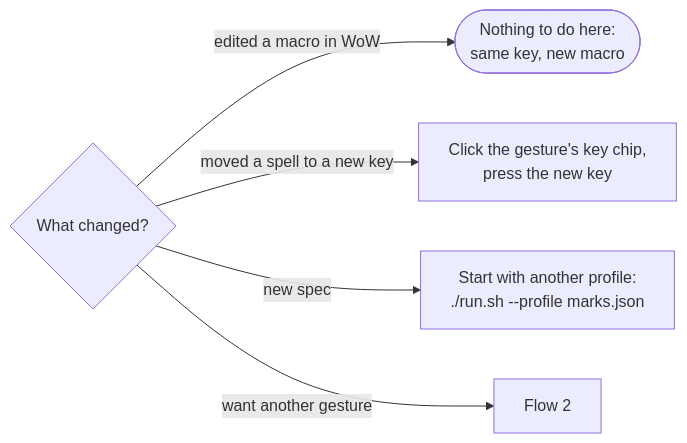
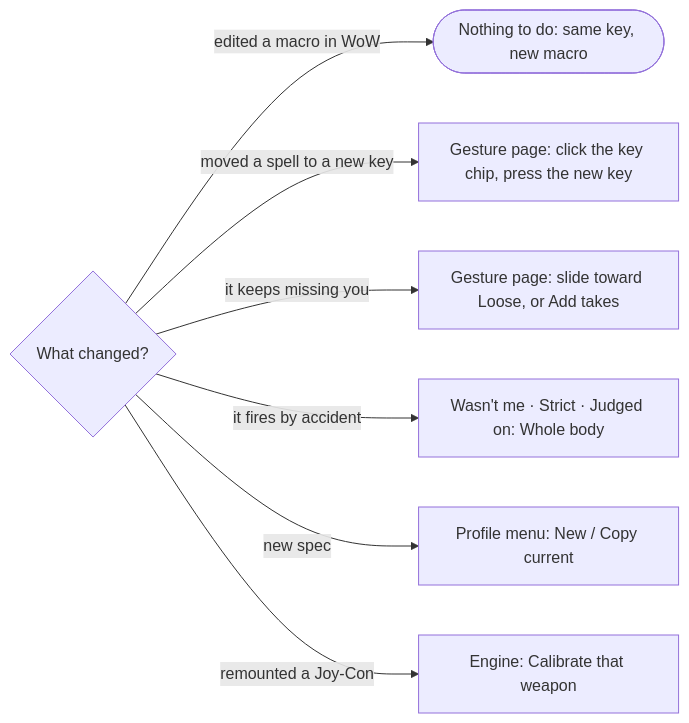
One commit to Gordoburrito/mocap-wow changed the seventh of 8 diagrams in docs/user-flows.md. Above: the diagram before and after it, drawn with Mermaid. The commit also changed other lines of this file and 14 other files, not shown here.

````diff
--- a/docs/user-flows.md
+++ b/docs/user-flows.md
@@ -56,7 +136,9 @@
 ```mermaid
 flowchart LR
-    A{What changed?} -- edited a macro in WoW --> B([Nothing to do here:<br/>same key, new macro])
-    A -- moved a spell to a new key --> C[Click the gesture's key chip,<br/>press the new key]
-    A -- new spec --> D[Start with another profile:<br/>./run.sh --profile marks.json]
-    A -- want another gesture --> E[Flow 2]
+    A{What changed?} -- edited a macro in WoW --> B([Nothing to do: same key, new macro])
+    A -- moved a spell to a new key --> C[Gesture page: click the key chip, press the new key]
+    A -- it keeps missing you --> D[Gesture page: slide toward Loose, or Add takes]
+    A -- it fires by accident --> E[Wasn't me · Strict · Judged on: Whole body]
+    A -- new spec --> F[Profile menu: New / Copy current]
+    A -- remounted a Joy-Con --> G[Engine: Calibrate that weapon]
 ```
````
